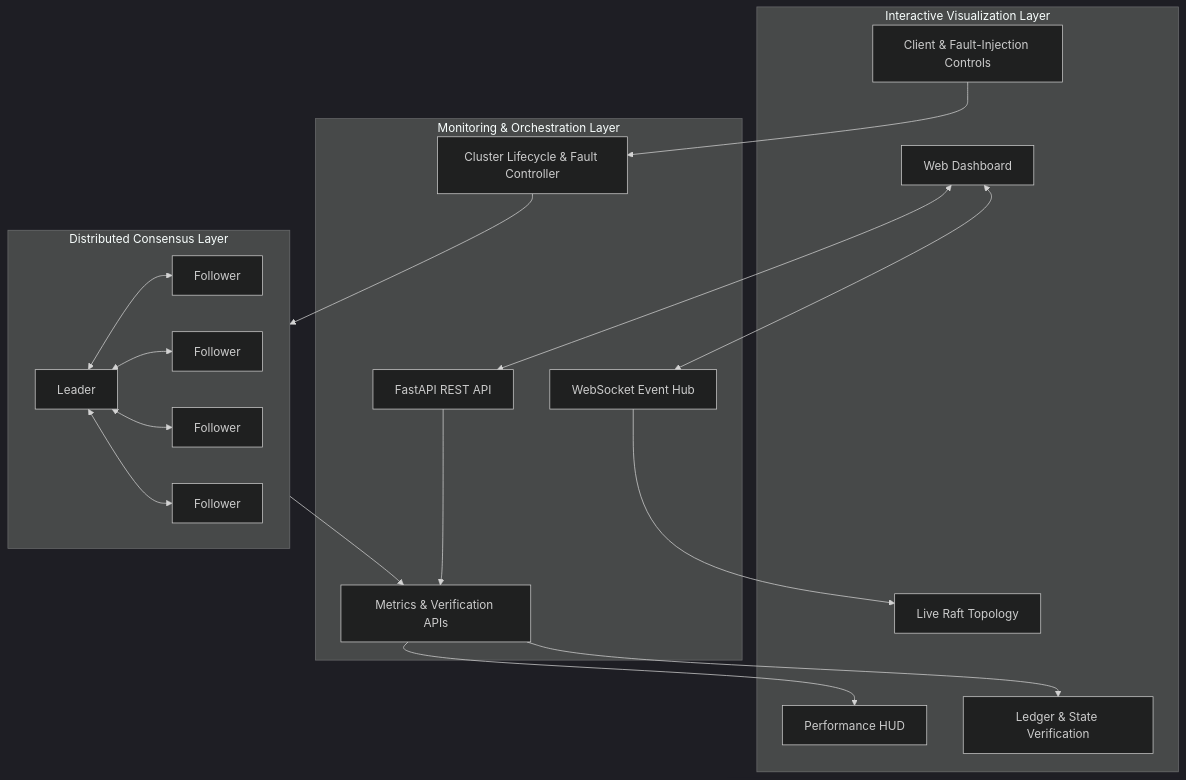
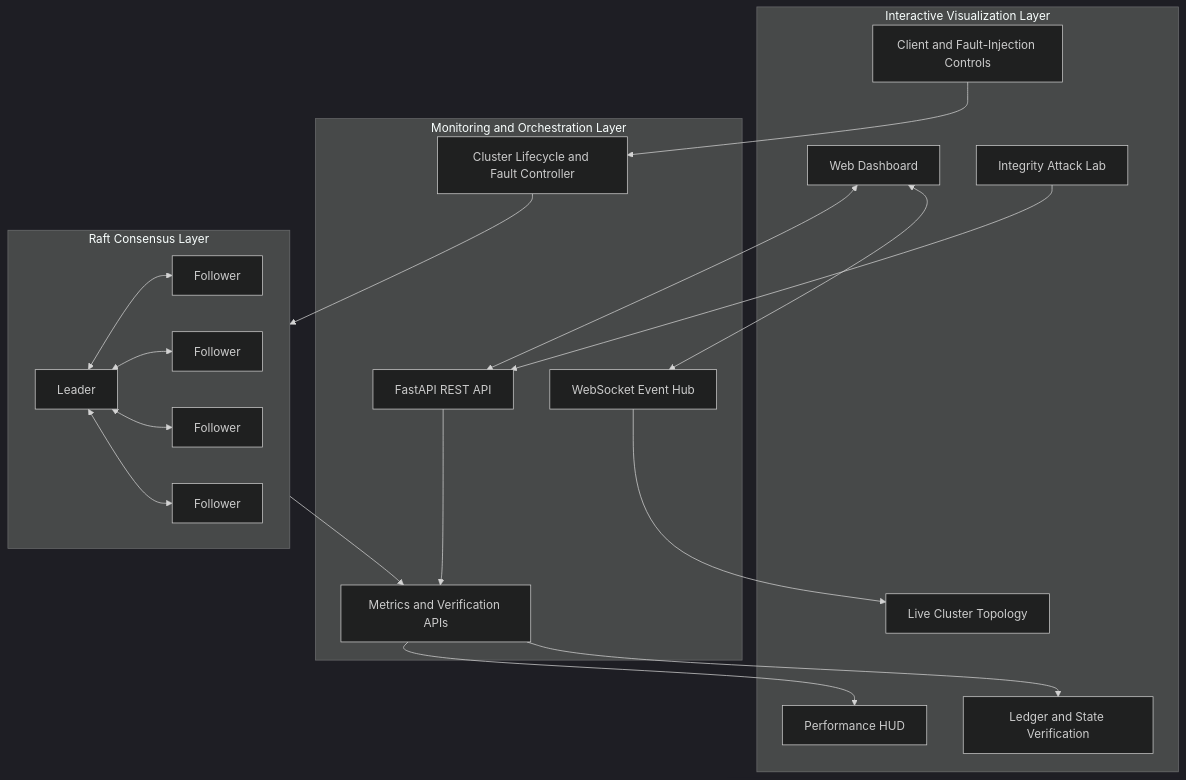
One commit to Wizard52007/INNOVISE-2026 changed the diagram in README.md. Above: the diagram before and after it, drawn with Mermaid (dark theme). The commit also changed other lines of this file, not shown here.

First line of the commit message:
ConsensusCraft updated

````diff
--- a/README.md
+++ b/README.md
@@ -99,39 +207,41 @@
 ```mermaid
 flowchart TB
     subgraph Frontend["Interactive Visualization Layer"]
         UI["Web Dashboard"]
-        Topology["Live Raft Topology"]
-        Controls["Client & Fault-Injection Controls"]
+        Topology["Live Cluster Topology"]
+        Controls["Client and Fault-Injection Controls"]
         Metrics["Performance HUD"]
-        Verification["Ledger & State Verification"]
+        Verification["Ledger and State Verification"]
+        AttackLab["Integrity Attack Lab"]
     end
 
-    subgraph Backend["Monitoring & Orchestration Layer"]
+    subgraph Backend["Monitoring and Orchestration Layer"]
         API["FastAPI REST API"]
         WS["WebSocket Event Hub"]
-        Harness["Cluster Lifecycle & Fault Controller"]
-        Monitor["Metrics & Verification APIs"]
+        Harness["Cluster Lifecycle and Fault Controller"]
+        Monitor["Metrics and Verification APIs"]
     end
 
-    subgraph Raft["Distributed Consensus Layer"]
+    subgraph Consensus["Raft Consensus Layer"]
         Leader["Leader"]
         F1["Follower"]
         F2["Follower"]
         F3["Follower"]
         F4["Follower"]
     end
 
     UI <--> API
     UI <--> WS
     Controls --> Harness
+    AttackLab --> API
     API --> Monitor
-    Harness --> Raft
+    Harness --> Consensus
     Leader <--> F1
     Leader <--> F2
     Leader <--> F3
     Leader <--> F4
-    Raft --> Monitor
+    Consensus --> Monitor
     Monitor --> Metrics
     Monitor --> Verification
     WS --> Topology
 ```
````
